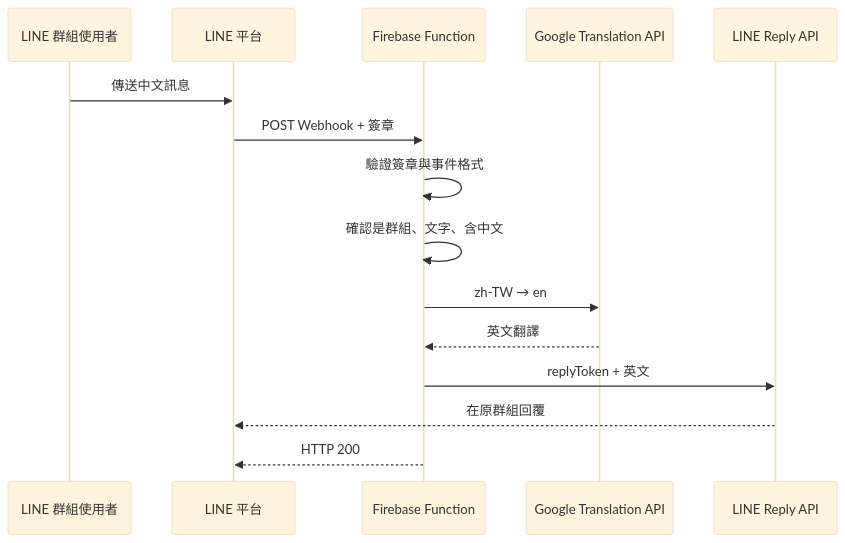
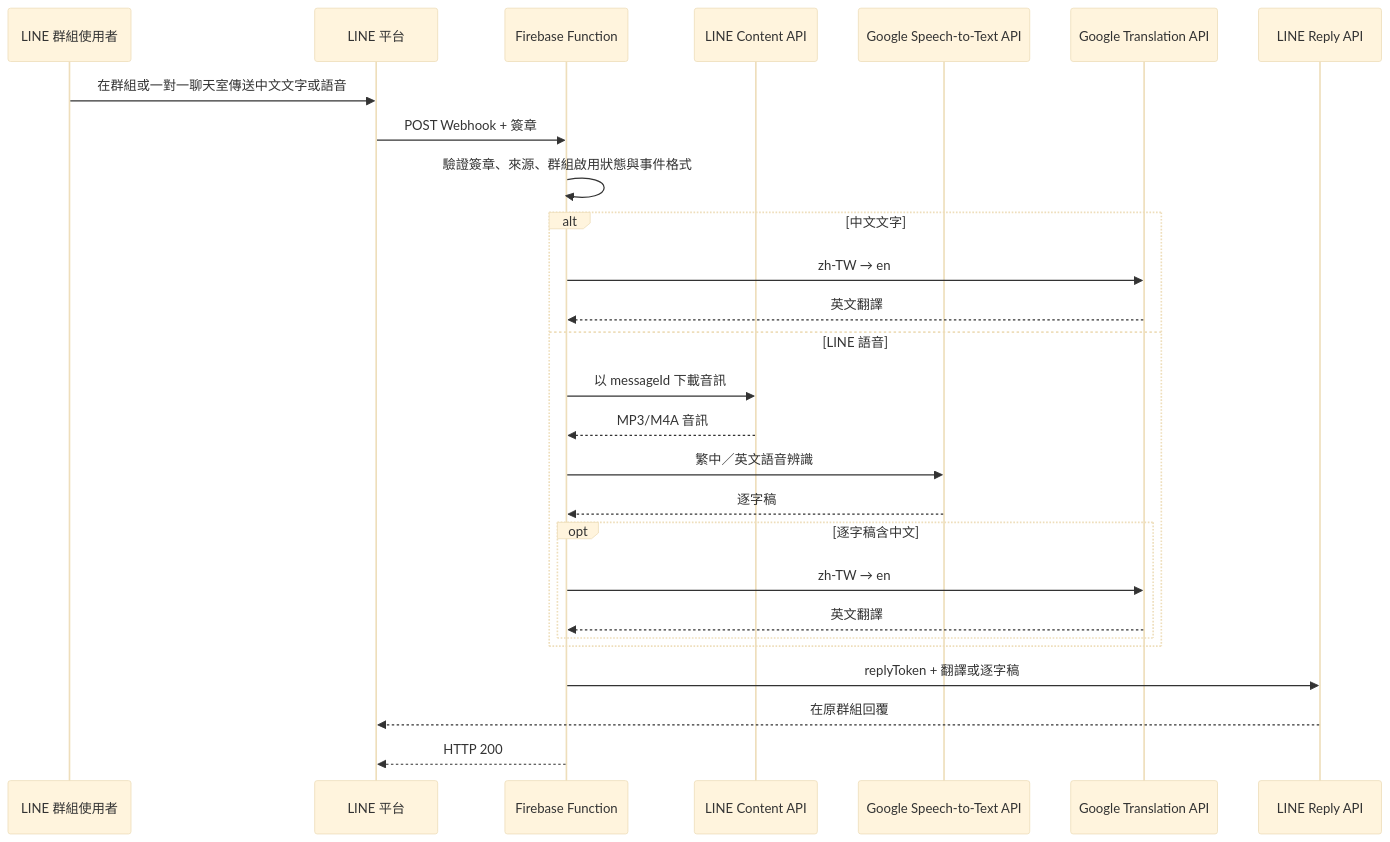
Before and after one commit to robinli/line-oa-zh-en-translator: the diagram in docs/系統運作方式與架構說明.md, drawn with Mermaid (base theme). The commit also changed other lines of this file and 15 other files, not shown here.

````diff
--- a/docs/系統運作方式與架構說明.md
+++ b/docs/系統運作方式與架構說明.md
@@ -5,18 +5,30 @@
 ```mermaid
 sequenceDiagram
     participant User as LINE 群組使用者
     participant LINE as LINE 平台
     participant Fn as Firebase Function
+    participant Content as LINE Content API
+    participant Speech as Google Speech-to-Text API
     participant Translate as Google Translation API
     participant Reply as LINE Reply API
 
-    User->>LINE: 傳送中文訊息
+    User->>LINE: 在群組或一對一聊天室傳送中文文字或語音
     LINE->>Fn: POST Webhook + 簽章
-    Fn->>Fn: 驗證簽章與事件格式
-    Fn->>Fn: 確認是群組、文字、含中文
-    Fn->>Translate: zh-TW → en
-    Translate-->>Fn: 英文翻譯
-    Fn->>Reply: replyToken + 英文
+    Fn->>Fn: 驗證簽章、來源、群組啟用狀態與事件格式
+    alt 中文文字
+        Fn->>Translate: zh-TW → en
+        Translate-->>Fn: 英文翻譯
+    else LINE 語音
+        Fn->>Content: 以 messageId 下載音訊
+        Content-->>Fn: MP3/M4A 音訊
+        Fn->>Speech: 繁中／英文語音辨識
+        Speech-->>Fn: 逐字稿
+        opt 逐字稿含中文
+            Fn->>Translate: zh-TW → en
+            Translate-->>Fn: 英文翻譯
+        end
+    end
+    Fn->>Reply: replyToken + 翻譯或逐字稿
     Reply-->>LINE: 在原群組回覆
     Fn-->>LINE: HTTP 200
 ```
````
